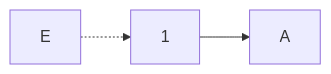
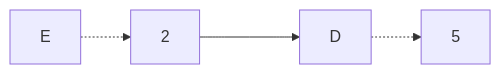
One commit to HSE-algo-23-owl/manual_tasks changed the seventh of 8 diagrams in task_13/BB_task_13.md. Above: the diagram before and after it, drawn with Mermaid. The commit also changed other lines of this file, not shown here.

````diff
--- a/task_13/BB_task_13.md
+++ b/task_13/BB_task_13.md
@@ -110,4 +187,4 @@
 ```mermaid
 graph LR
-    E -.-> 1 --> A
+    E -.-> 2 ---> D -.-> 5
 ```
````
